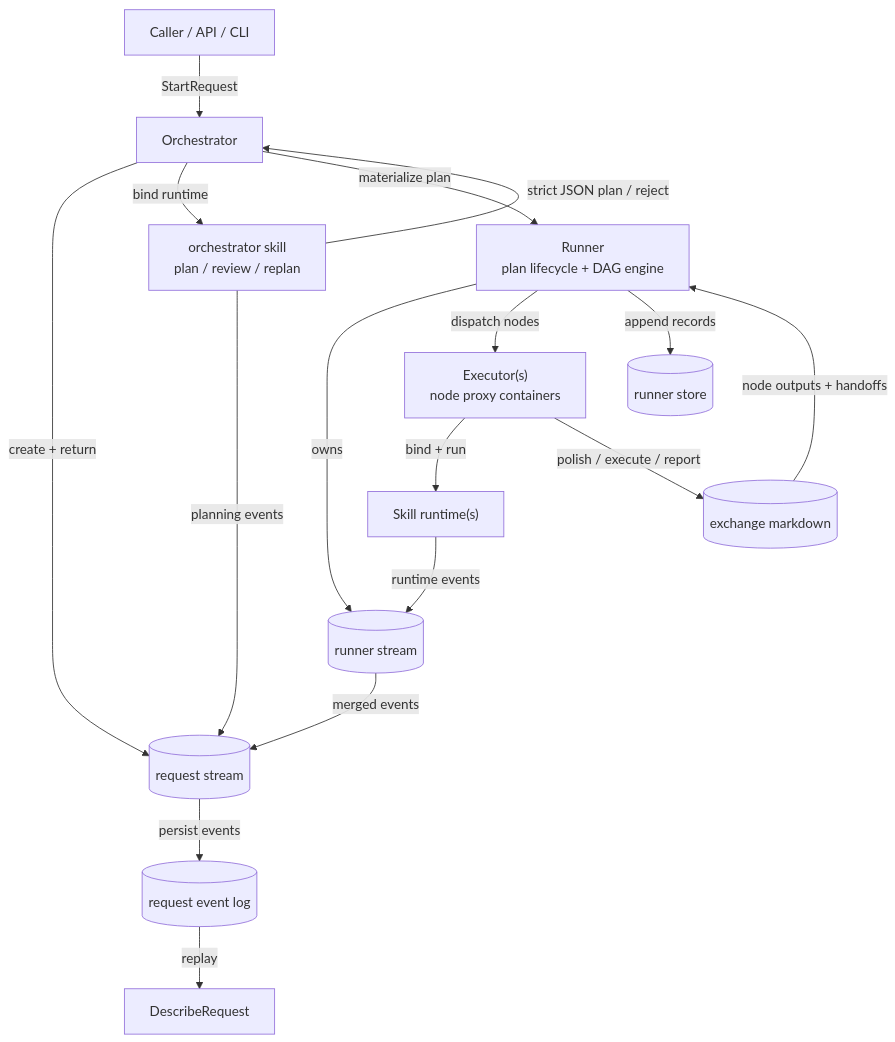
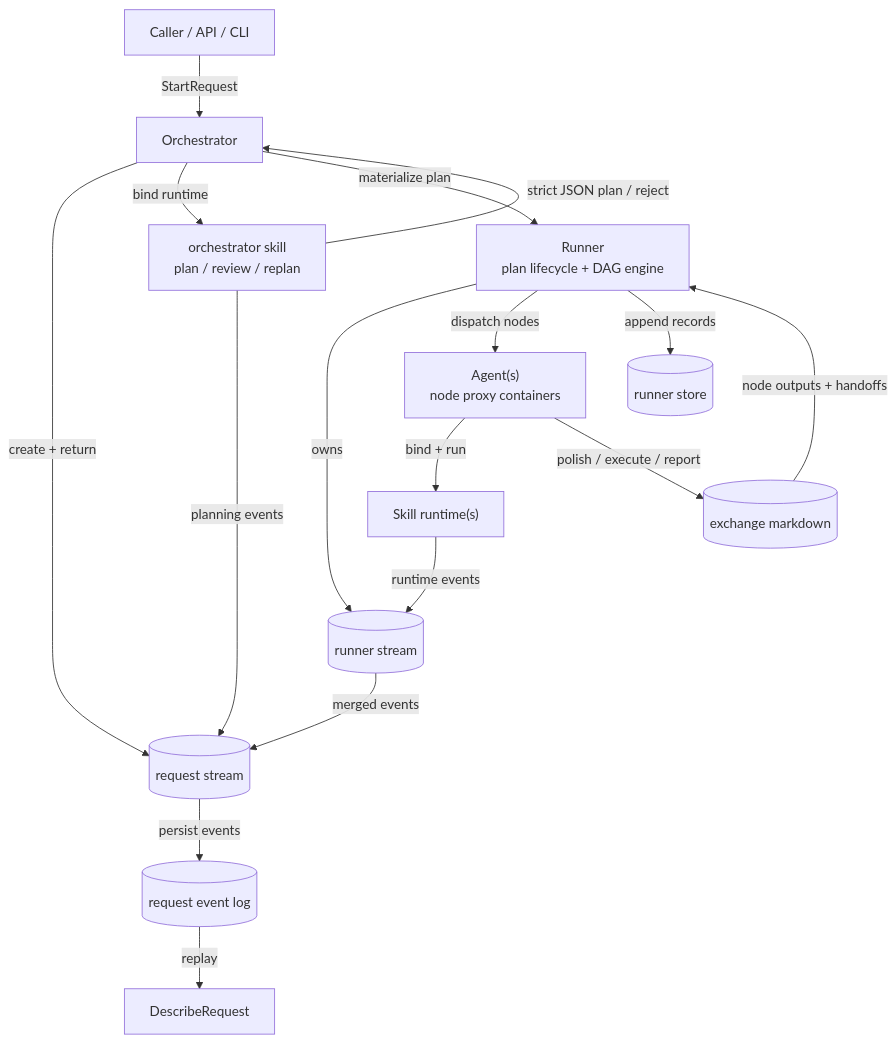
The diagram in architecture/README.md (TsumiNa/dango), drawn with Mermaid before and after one commit. The commit also changed other lines of this file and 84 other files, not shown here.

First line of the commit message:
Rename executor vocabulary to agent (#86)

````diff
--- a/architecture/README.md
+++ b/architecture/README.md
@@ -14,32 +14,32 @@
 ```mermaid
 flowchart TB
 	C[Caller / API / CLI]
 	O[Orchestrator]
 	ReqS[(request stream)]
 	OS["orchestrator skill<br/>plan / review / replan"]
 	R["Runner<br/>plan lifecycle + DAG engine"]
-	E["Executor(s)<br/>node proxy containers"]
+	E["Agent(s)<br/>node proxy containers"]
 	SK["Skill runtime(s)"]
 	RunS[(runner stream)]
 	ExDoc[(exchange markdown)]
 	RStore[(runner store)]
 	ELog[(request event log)]
 	Desc[DescribeRequest]
 
 	C -->|StartRequest| O
 	O -->|create + return| ReqS
 	O -->|bind runtime| OS
 	OS -->|strict JSON plan / reject| O
 	OS -->|planning events| ReqS
 	O -->|materialize plan| R
 	R -->|owns| RunS
 	R -->|dispatch nodes| E
 	E -->|bind + run| SK
 	SK -->|runtime events| RunS
 	E -->|polish / execute / report| ExDoc
 	ExDoc -->|node outputs + handoffs| R
 	RunS -->|merged events| ReqS
 	R -->|append records| RStore
 	ReqS -->|persist events| ELog
 	ELog -->|replay| Desc
 ```
````
